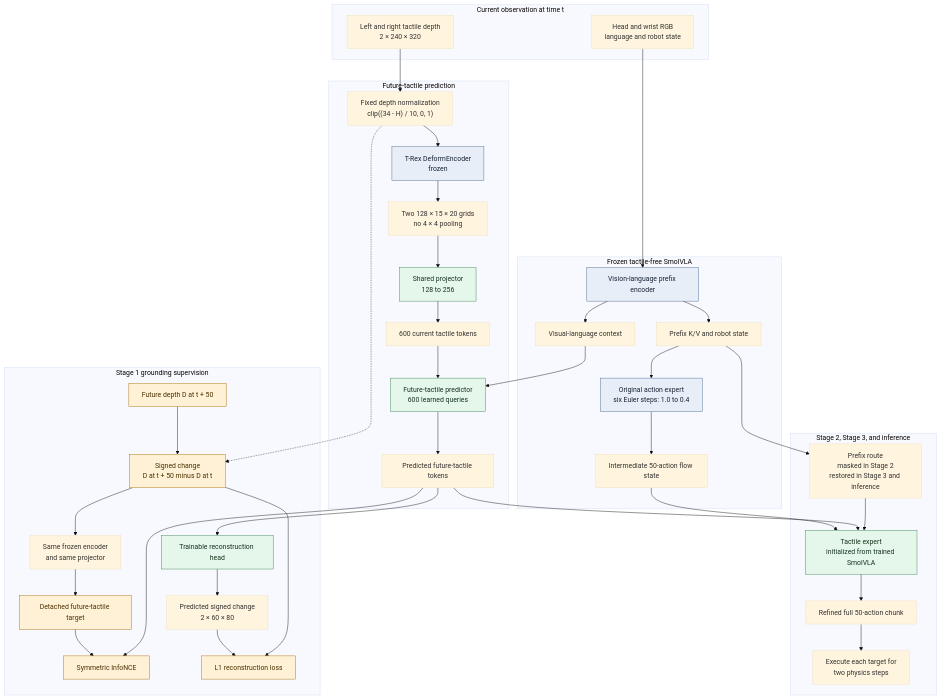
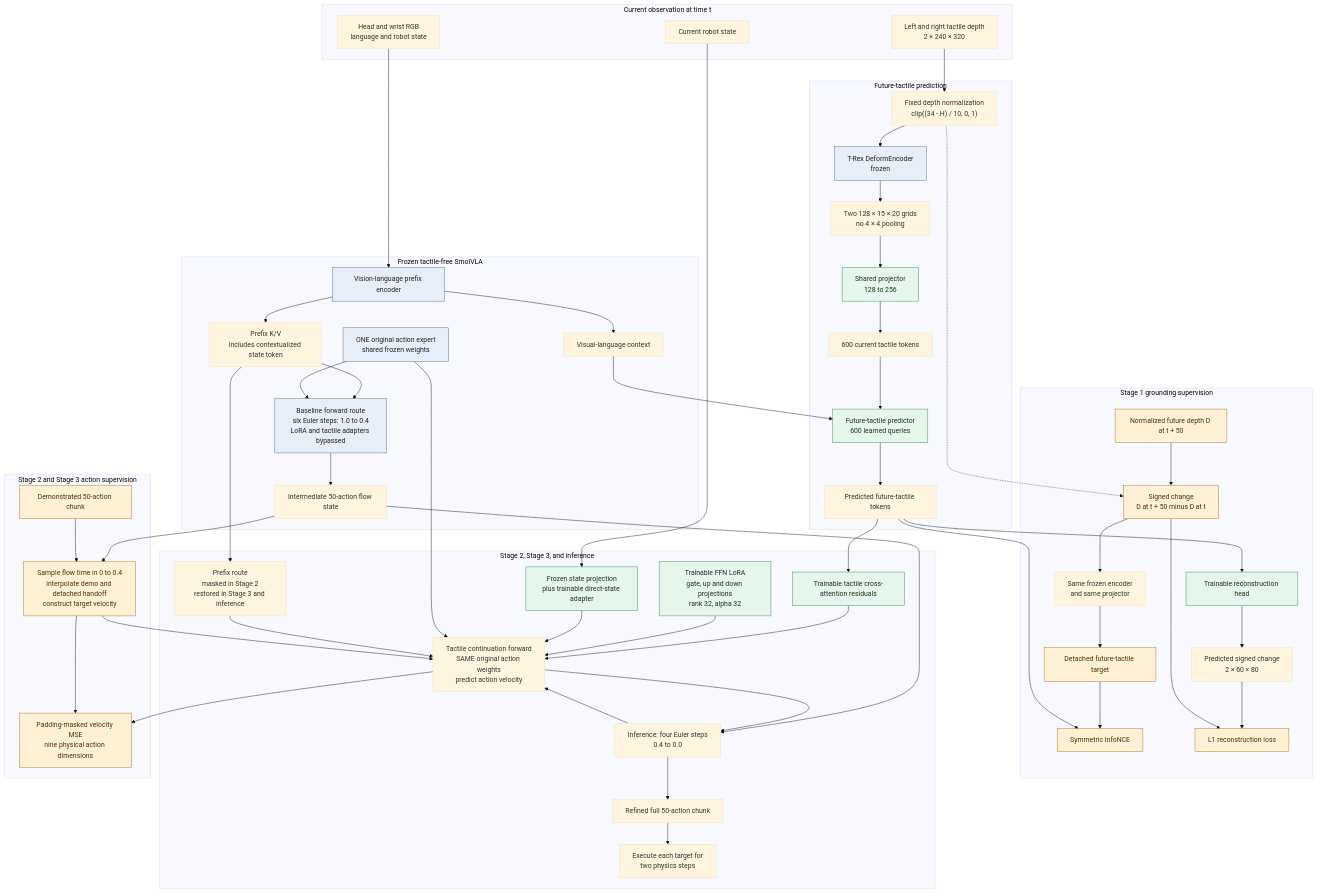
Before and after one commit to joowan1108/TactileRefinement: the diagram in README.md, drawn with Mermaid (base theme). The commit also changed other lines of this file, not shown here.

Commit message:
Replace copied tactile expert with shared rank-32 FFN LoRA in architecture diagram

````diff
--- a/README.md
+++ b/README.md
@@ -11,6 +11,7 @@
     subgraph Inputs["Current observation at time t"]
         DEPTH["Left and right tactile depth<br/>2 × 240 × 320"]
         VL["Head and wrist RGB<br/>language and robot state"]
+        STATE["Current robot state"]
     end
 
     subgraph TactilePath["Future-tactile prediction"]
@@ -27,19 +28,21 @@
     subgraph SmolVLAPath["Frozen tactile-free SmolVLA"]
         PREFIX["Vision-language prefix encoder"]
         CTX["Visual-language context"]
-        KV["Prefix K/V and robot state"]
-        BASE["Original action expert<br/>six Euler steps: 1.0 to 0.4"]
+        KV["Prefix K/V<br/>includes contextualized state token"]
+        WEIGHTS["ONE original action expert<br/>shared frozen weights"]
+        BASE["Baseline forward route<br/>six Euler steps: 1.0 to 0.4<br/>LoRA and tactile adapters bypassed"]
         FLOW["Intermediate 50-action flow state"]
         VL --> PREFIX
         PREFIX --> CTX
         PREFIX --> KV
         KV --> BASE --> FLOW
+        WEIGHTS --> BASE
     end
 
     CTX --> PRED
 
     subgraph Stage1["Stage 1 grounding supervision"]
-        FUTURE["Future depth D at t + 50"]
+        FUTURE["Normalized future depth D at t + 50"]
         DELTA["Signed change<br/>D at t + 50 minus D at t"]
         TARGET["Same frozen encoder<br/>and same projector"]
         STOP["Detached future-tactile target"]
@@ -55,20 +58,39 @@
     NORM -.-> DELTA
 
     subgraph Refine["Stage 2, Stage 3, and inference"]
-        EXPERT["Tactile expert<br/>initialized from trained SmolVLA"]
+        ADAPTERS["Trainable FFN LoRA<br/>gate, up and down projections<br/>rank 32, alpha 32"]
+        TACTILE["Trainable tactile cross-attention residuals"]
+        DIRECT["Frozen state projection<br/>plus trainable direct-state adapter"]
+        EXPERT["Tactile continuation forward<br/>SAME original action weights<br/>predict action velocity"]
+        SOLVE["Inference: four Euler steps<br/>0.4 to 0.0"]
         CHUNK["Refined full 50-action chunk"]
         EXEC["Execute each target for<br/>two physics steps"]
-        FLOW --> EXPERT
-        ZHAT --> EXPERT
+        FLOW --> SOLVE
+        SOLVE --> EXPERT
+        ZHAT --> TACTILE --> EXPERT
+        ADAPTERS --> EXPERT
+        STATE --> DIRECT --> EXPERT
+        WEIGHTS --> EXPERT
         MASK["Prefix route<br/>masked in Stage 2<br/>restored in Stage 3 and inference"]
         KV --> MASK --> EXPERT
-        EXPERT --> CHUNK --> EXEC
+        EXPERT --> SOLVE
+        SOLVE --> CHUNK --> EXEC
+    end
+
+    subgraph ActionTraining["Stage 2 and Stage 3 action supervision"]
+        DEMO["Demonstrated 50-action chunk"]
+        BRIDGE["Sample flow time in 0 to 0.4<br/>interpolate demo and detached handoff<br/>construct target velocity"]
+        ACTIONLOSS["Padding-masked velocity MSE<br/>nine physical action dimensions"]
+        FLOW --> BRIDGE
+        DEMO --> BRIDGE --> EXPERT
+        BRIDGE --> ACTIONLOSS
+        EXPERT --> ACTIONLOSS
     end
 
     classDef frozen fill:#e8eef7,stroke:#46658a,color:#172334;
     classDef trainable fill:#e5f6ea,stroke:#39814d,color:#17351f;
     classDef supervision fill:#fff1d6,stroke:#a66b00,color:#4b3100;
-    class ENC,PREFIX,BASE frozen;
-    class PROJ,PRED,RECON,EXPERT trainable;
-    class FUTURE,DELTA,STOP,NCE,L1 supervision;
+    class ENC,PREFIX,WEIGHTS,BASE frozen;
+    class PROJ,PRED,RECON,ADAPTERS,TACTILE,DIRECT trainable;
+    class FUTURE,DELTA,STOP,NCE,L1,DEMO,BRIDGE,ACTIONLOSS supervision;
 ```
````
